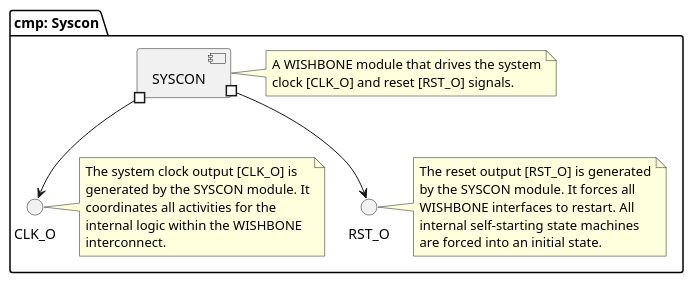
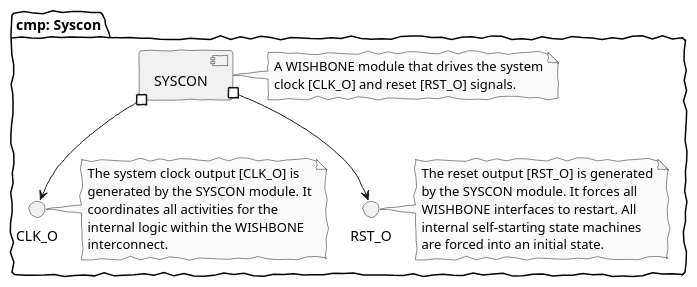
Before and after one commit to SoerenSofke/DiamondDust: the diagram in soc/syscon/syscon.puml, drawn with PlantUML.

Commit message:
refine style

```diff
--- a/soc/syscon/syscon.puml
+++ b/soc/syscon/syscon.puml
@@ -1,32 +1,35 @@
 @startuml syscon
 skinparam componentStyle uml2
+skinparam handwritten true
+skinparam monochrome true
+skinparam defaultFontName DejaVu
 
 package "cmp: Syscon" {
 
     [SYSCON] #--> CLK_O
     [SYSCON] #--> RST_O
 
     note right of CLK_O
         The system clock output [CLK_O] is
         generated by the SYSCON module. It
         coordinates all activities for the
         internal logic within the WISHBONE
         interconnect.
     end note
 
     note right of RST_O
         The reset output [RST_O] is generated
         by the SYSCON module. It forces all
         WISHBONE interfaces to restart. All
         internal self-starting state machines
         are forced into an initial state.
     end note
 
 
     note right of [SYSCON]
     A WISHBONE module that drives the system
     clock [CLK_O] and reset [RST_O] signals.
     end note
 }
 
 @enduml
```
